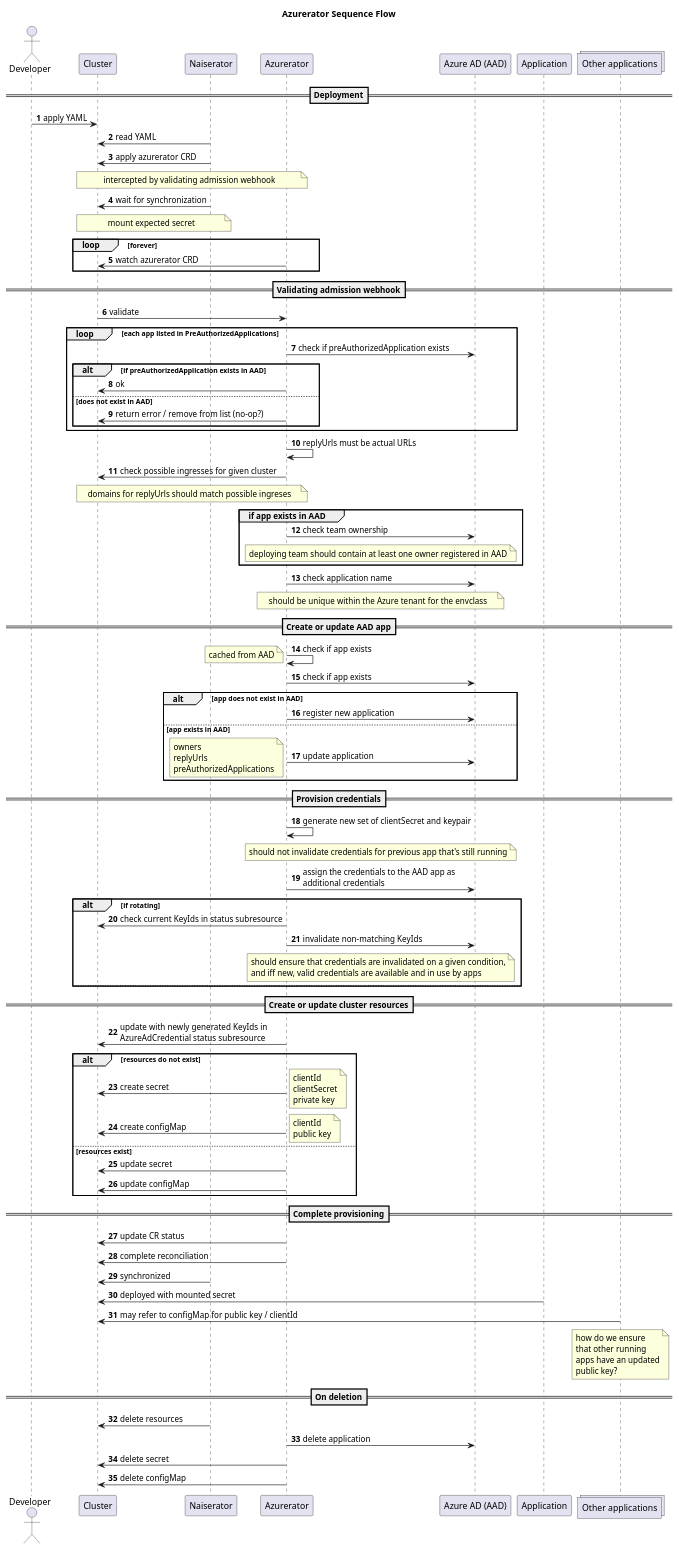
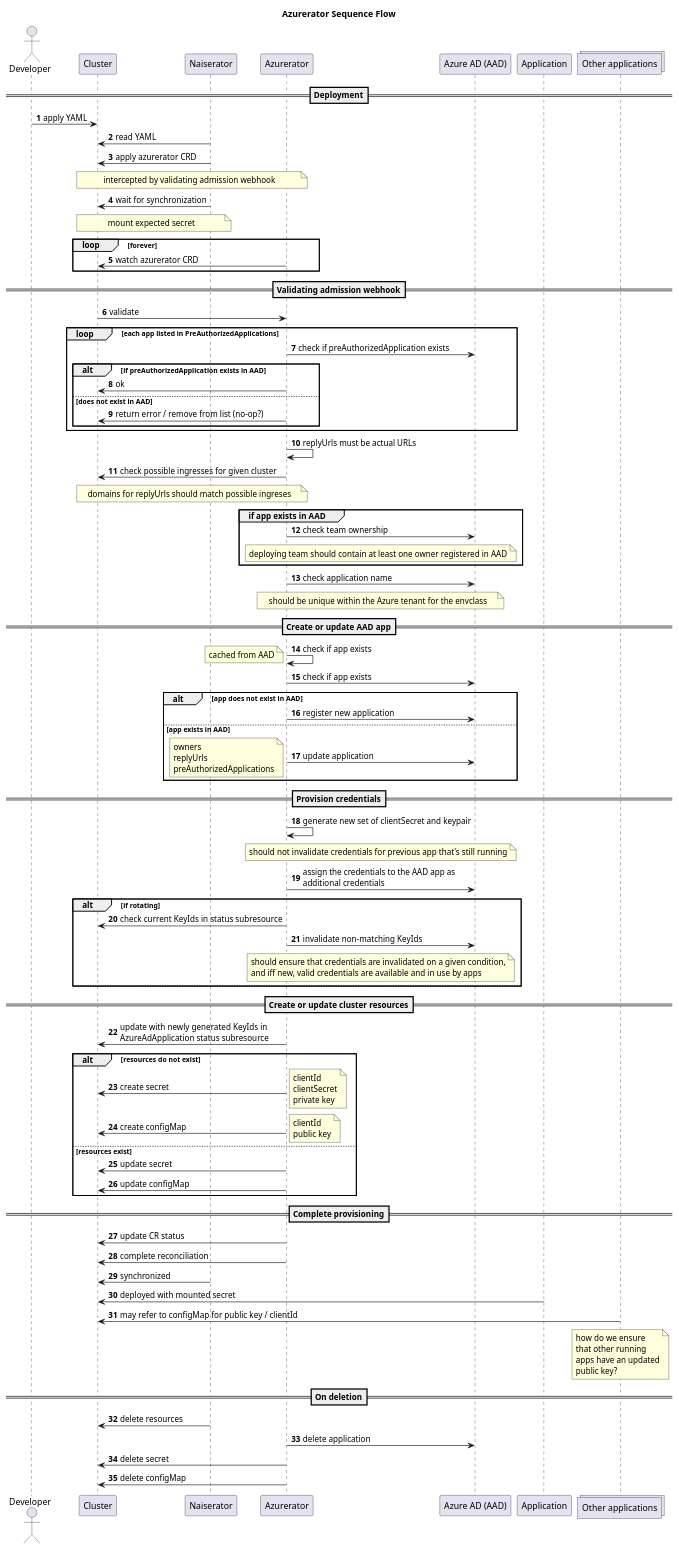
The diagram in docs/sequence.puml (nais/azurerator), drawn with PlantUML before and after one commit. The commit also changed 37 other files, not shown here.

Commit message:
refactor: rename AzureAdCredential -> AzureAdApplication

```diff
--- a/docs/sequence.puml
+++ b/docs/sequence.puml
@@ -1,125 +1,125 @@
 @startuml component
 title Azurerator Sequence Flow
 skinparam maxMessageSize 300
 autonumber
 
 actor developer as "Developer"
 participant cluster as "Cluster"
 participant naiserator as "Naiserator"
 participant azurerator as "Azurerator"
 participant azuread as "Azure AD (AAD)"
 participant application as "Application"
 collections applications as "Other applications"
 
 ==Deployment==
 developer -> cluster: apply YAML
 cluster <- naiserator: read YAML
 cluster <- naiserator: apply azurerator CRD
 note over cluster, azurerator: intercepted by validating admission webhook
 naiserator -> cluster: wait for synchronization
 note over naiserator, cluster: mount expected secret
 
 loop forever
 	azurerator -> cluster: watch azurerator CRD
 end
 
 ==Validating admission webhook==
 cluster -> azurerator: validate
 
 loop each app listed in PreAuthorizedApplications
     azurerator -> azuread: check if preAuthorizedApplication exists
     alt if preAuthorizedApplication exists in AAD
         azurerator -> cluster: ok
     else does not exist in AAD
         azurerator -> cluster: return error / remove from list (no-op?)
     end
 end
 azurerator -> azurerator: replyUrls must be actual URLs
 
 azurerator -> cluster: check possible ingresses for given cluster
 note over cluster, azurerator: domains for replyUrls should match possible ingreses
 group if app exists in AAD
     azurerator -> azuread: check team ownership
     note over azurerator, azuread
         deploying team should contain at least one owner registered in AAD
     end note
 end
 
 azurerator -> azuread: check application name
 note over azurerator, azuread: should be unique within the Azure tenant for the envclass
 
 ==Create or update AAD app==
 azurerator -> azurerator: check if app exists
 note left: cached from AAD
 azurerator -> azuread: check if app exists
 alt app does not exist in AAD
 	azurerator -> azuread: register new application
 else app exists in AAD
     azurerator -> azuread: update application
     note left
         owners
         replyUrls
         preAuthorizedApplications
     end note
 end
 
 ==Provision credentials==
 
 azurerator -> azurerator: generate new set of clientSecret and keypair
 note over azurerator, azuread
     should not invalidate credentials for previous app that's still running
 end note
 
 azurerator -> azuread: assign the credentials to the AAD app as additional credentials
 
 alt if rotating
     azurerator -> cluster: check current KeyIds in status subresource
     azurerator -> azuread: invalidate non-matching KeyIds
     note over azurerator, azuread
         should ensure that credentials are invalidated on a given condition,
         and iff new, valid credentials are available and in use by apps
     end note
 else
 
 end
 
 ==Create or update cluster resources==
-azurerator -> cluster: update with newly generated KeyIds in AzureAdCredential status subresource
+azurerator -> cluster: update with newly generated KeyIds in AzureAdApplication status subresource
 
 alt resources do not exist
 	azurerator -> cluster: create secret
 	note right
         clientId
         clientSecret
         private key
     end note
 	azurerator -> cluster: create configMap
 	note right
         clientId
         public key
     end note
 else resources exist
     azurerator -> cluster: update secret
     azurerator -> cluster: update configMap
 end
 
 ==Complete provisioning==
     azurerator -> cluster: update CR status
     azurerator -> cluster: complete reconciliation
     naiserator -> cluster: synchronized
     application -> cluster: deployed with mounted secret
     applications -> cluster: may refer to configMap for public key / clientId
     note over applications
         how do we ensure
         that other running
         apps have an updated
         public key?
     end note
 
 ==On deletion==
     naiserator -> cluster: delete resources
     azurerator -> azuread: delete application
     azurerator -> cluster: delete secret
     azurerator -> cluster: delete configMap
 
 @enduml
```
